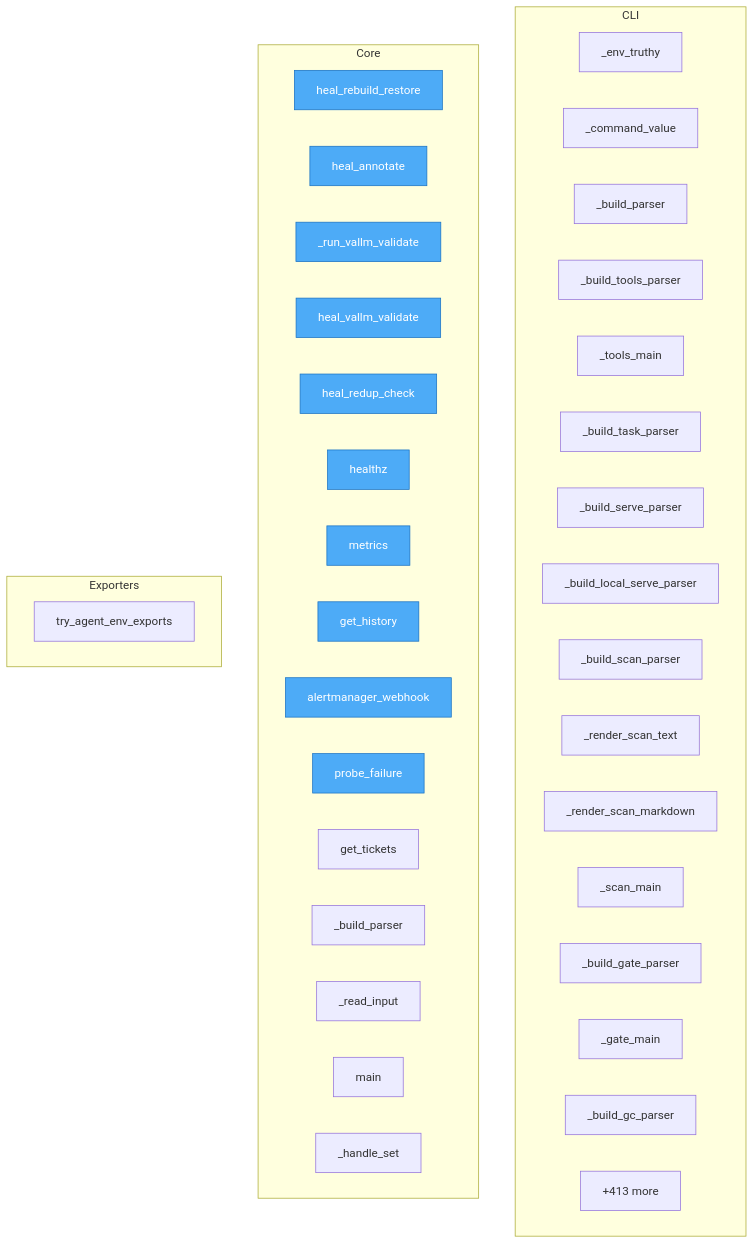
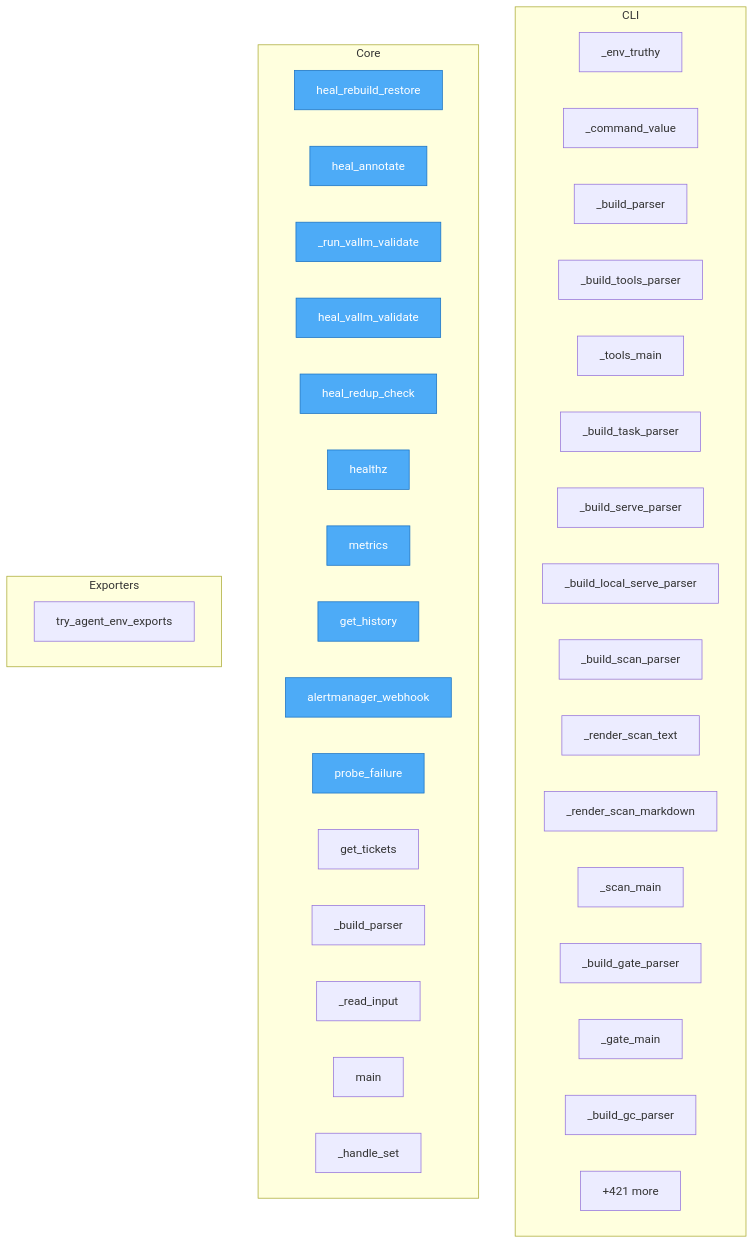
Before and after one commit to semcod/koru: the diagram in project/flow.mmd, drawn with Mermaid. The commit also changed 27 other files, not shown here.

```diff
--- a/project/flow.mmd
+++ b/project/flow.mmd
@@ -1,49 +1,49 @@
 flowchart TD
 %% generated in 0.03s
 
     %% Entry points (blue)
     classDef entry fill:#4dabf7,stroke:#1971c2,color:#fff
 
     subgraph CLI
         koru__cli___env_truthy["_env_truthy"]
         koru__cli___command_value["_command_value"]
         koru__cli___build_parser["_build_parser"]
         koru__cli___build_tools_parser["_build_tools_parser"]
         koru__cli___tools_main["_tools_main"]
         koru__cli___build_task_parser["_build_task_parser"]
         koru__cli___build_serve_parser["_build_serve_parser"]
         koru__cli___build_local_serve_parser["_build_local_serve_parser"]
         koru__cli___build_scan_parser["_build_scan_parser"]
         koru__cli___render_scan_text["_render_scan_text"]
         koru__cli___render_scan_markdown["_render_scan_markdown"]
         koru__cli___scan_main["_scan_main"]
         koru__cli___build_gate_parser["_build_gate_parser"]
         koru__cli___gate_main["_gate_main"]
         koru__cli___build_gc_parser["_build_gc_parser"]
         ...["+47 more"]
     end
 
     subgraph Core
         services__healing_webhook__app__heal_rebuild_restore["heal_rebuild_restore"]
         services__healing_webhook__app__heal_annotate["heal_annotate"]
         services__healing_webhook__app___run_vallm_validate["_run_vallm_validate"]
         services__healing_webhook__app__heal_vallm_validate["heal_vallm_validate"]
         services__healing_webhook__app__heal_redup_check["heal_redup_check"]
         services__healing_webhook__app__healthz["healthz"]
         services__healing_webhook__app__metrics["metrics"]
         services__healing_webhook__app__get_history["get_history"]
         services__healing_webhook__app__alertmanager_webhook["alertmanager_webhook"]
         services__healing_webhook__app__probe_failure["probe_failure"]
         services__healing_webhook__app__get_tickets["get_tickets"]
         src__korudsl__cli___build_parser["_build_parser"]
         src__korudsl__cli___read_input["_read_input"]
         src__korudsl__cli__main["main"]
         src__korudsl__library___handle_set["_handle_set"]
-        ...["+413 more"]
+        ...["+421 more"]
     end
 
     subgraph Exporters
         src__koru__agent_cli_helpers__try_agent_env_exports["try_agent_env_exports"]
     end
 
     class services__healing_webhook__app__heal_rebuild_restore,services__healing_webhook__app__heal_annotate,services__healing_webhook__app___run_vallm_validate,services__healing_webhook__app__heal_vallm_validate,services__healing_webhook__app__heal_redup_check,services__healing_webhook__app__healthz,services__healing_webhook__app__metrics,services__healing_webhook__app__get_history,services__healing_webhook__app__alertmanager_webhook,services__healing_webhook__app__probe_failure entry
```
